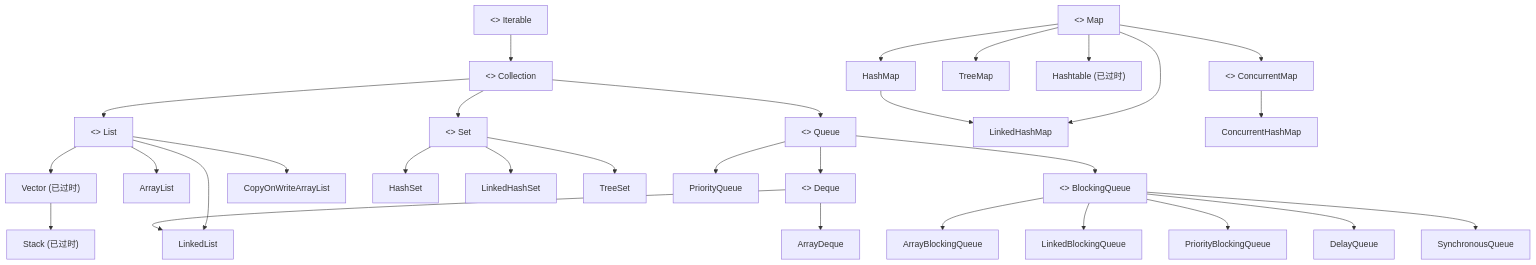
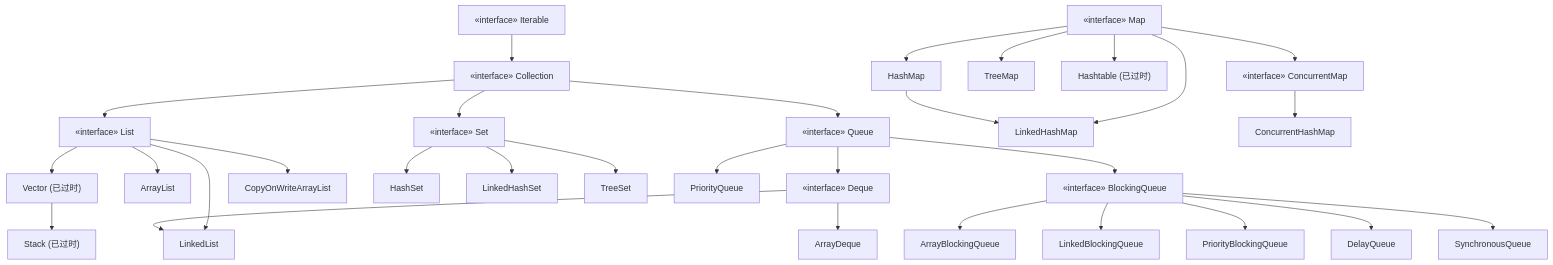
The first of 19 diagrams in 02-collections/README.md (kane201x/javadoc), drawn with Mermaid before and after one commit. The commit also changed other lines of this file and 12 other files, not shown here.

First line of the commit message:
fix: correct mermaid diagram syntax across all modules

````diff
--- a/02-collections/README.md
+++ b/02-collections/README.md
@@ -24,32 +24,32 @@
 ```mermaid
 graph TD
-    Iterable["<<interface>> Iterable<T>"] --> Collection["<<interface>> Collection<E>"]
-    Collection --> List["<<interface>> List<E>"]
-    Collection --> Set["<<interface>> Set<E>"]
-    Collection --> Queue["<<interface>> Queue<E>"]
-    Queue --> Deque["<<interface>> Deque<E>"]
+    Iterable["«interface» Iterable<T>"] --> Collection["«interface» Collection<E>"]
+    Collection --> List["«interface» List<E>"]
+    Collection --> Set["«interface» Set<E>"]
+    Collection --> Queue["«interface» Queue<E>"]
+    Queue --> Deque["«interface» Deque<E>"]
     List --> ArrayList["ArrayList"]
     List --> LinkedList["LinkedList"]
     List --> Vector["Vector (已过时)"]
     Vector --> Stack["Stack (已过时)"]
     List --> CopyOnWriteArrayList["CopyOnWriteArrayList"]
     Set --> HashSet["HashSet"]
     Set --> LinkedHashSet["LinkedHashSet"]
     Set --> TreeSet["TreeSet"]
     Queue --> PriorityQueue["PriorityQueue"]
     Deque --> ArrayDeque["ArrayDeque"]
     Deque --> LinkedList
-    Queue --> BlockingQueue["<<interface>> BlockingQueue"]
+    Queue --> BlockingQueue["«interface» BlockingQueue"]
     BlockingQueue --> ArrayBlockingQueue["ArrayBlockingQueue"]
     BlockingQueue --> LinkedBlockingQueue["LinkedBlockingQueue"]
     BlockingQueue --> PriorityBlockingQueue["PriorityBlockingQueue"]
     BlockingQueue --> DelayQueue["DelayQueue"]
     BlockingQueue --> SynchronousQueue["SynchronousQueue"]
-    Map["<<interface>> Map<K,V>"] --> HashMap["HashMap"]
+    Map["«interface» Map<K,V>"] --> HashMap["HashMap"]
     Map --> LinkedHashMap["LinkedHashMap"]
     Map --> TreeMap["TreeMap"]
     Map --> Hashtable["Hashtable (已过时)"]
-    Map --> ConcurrentMap["<<interface>> ConcurrentMap"]
+    Map --> ConcurrentMap["«interface» ConcurrentMap"]
     ConcurrentMap --> ConcurrentHashMap["ConcurrentHashMap"]
     HashMap --> LinkedHashMap
 ```
````
